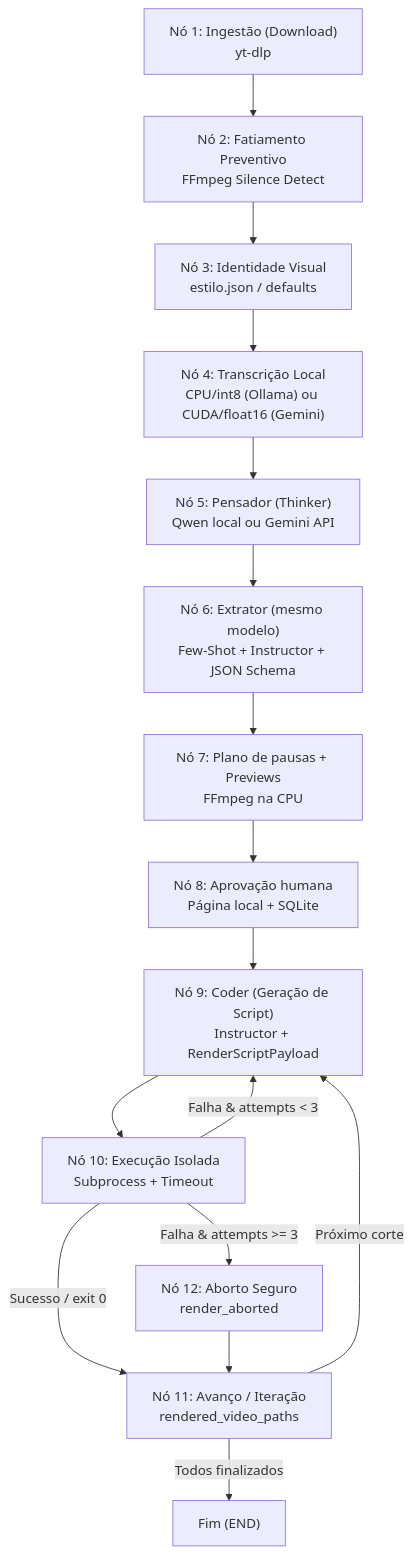
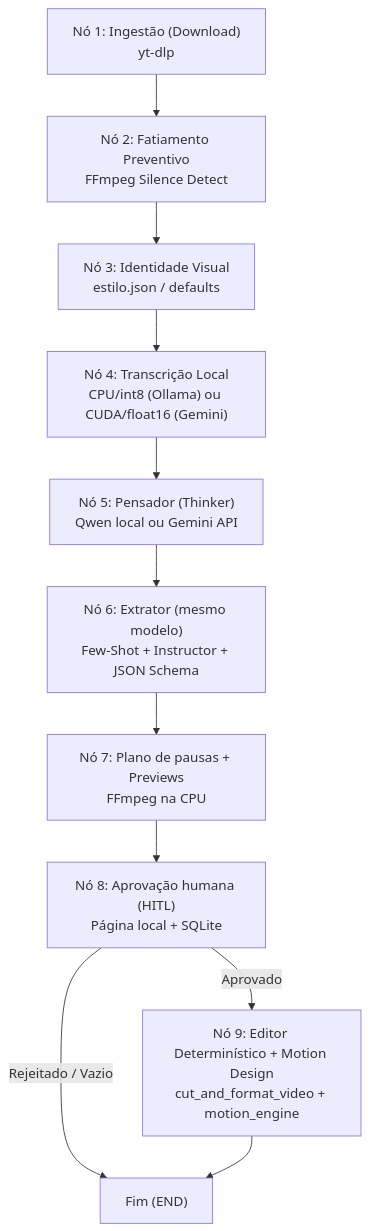
Before and after one commit to SegantinDavi/agent-clipper: the diagram in README.md, drawn with Mermaid. The commit also changed other lines of this file and 18 other files, not shown here.

Commit message:
feat(020): restore deterministic editor engine with native motion design

````diff
--- a/README.md
+++ b/README.md
@@ -28,18 +28,13 @@
 ```mermaid
 flowchart TD
     A["Nó 1: Ingestão (Download)<br>yt-dlp"] --> B["Nó 2: Fatiamento Preventivo<br>FFmpeg Silence Detect"]
     B --> S["Nó 3: Identidade Visual<br>estilo.json / defaults"]
     S --> C["Nó 4: Transcrição Local<br>CPU/int8 (Ollama) ou CUDA/float16 (Gemini)"]
     C --> D["Nó 5: Pensador (Thinker)<br>Qwen local ou Gemini API"]
     D --> E["Nó 6: Extrator (mesmo modelo)<br>Few-Shot + Instructor + JSON Schema"]
     E --> P["Nó 7: Plano de pausas + Previews<br>FFmpeg na CPU"]
-    P --> R["Nó 8: Aprovação humana<br>Página local + SQLite"]
-    R --> CD["Nó 9: Coder (Geração de Script)<br>Instructor + RenderScriptPayload"]
-    CD --> EX["Nó 10: Execução Isolada<br>Subprocess + Timeout"]
-    EX -->|Sucesso / exit 0| ADV["Nó 11: Avanço / Iteração<br>rendered_video_paths"]
-    EX -->|Falha & attempts < 3| CD
-    EX -->|Falha & attempts >= 3| AB["Nó 12: Aborto Seguro<br>render_aborted"]
-    AB --> ADV
-    ADV -->|Próximo corte| CD
-    ADV -->|Todos finalizados| END_NODE["Fim (END)"]
+    P --> R["Nó 8: Aprovação humana (HITL)<br>Página local + SQLite"]
+    R -->|Aprovado| ED["Nó 9: Editor Determinístico + Motion Design<br>cut_and_format_video + motion_engine"]
+    R -->|Rejeitado / Vazio| END_NODE["Fim (END)"]
+    ED --> END_NODE
 ```
````
